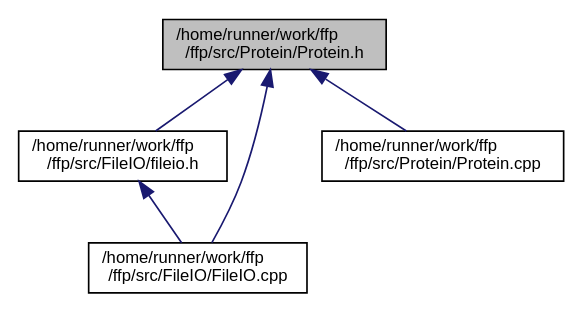
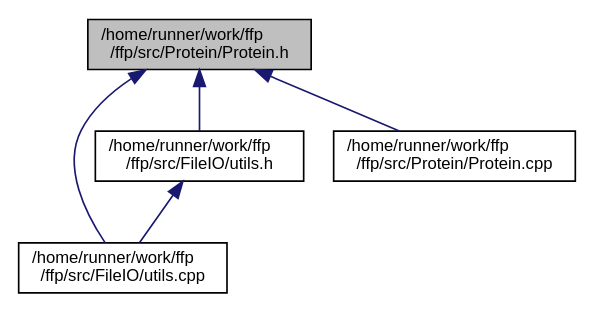
One commit to Mohamed-Nser-Said/ffp changed the diagram in Protein_8h__dep__incl.dot. Above: the diagram before and after it, drawn with Graphviz. The commit also changed 94 other files, not shown here.

```diff
--- a/Protein_8h__dep__incl.dot
+++ b/Protein_8h__dep__incl.dot
@@ -1,14 +1,14 @@
 digraph "/home/runner/work/ffp/ffp/src/Protein/Protein.h"
 {
  // LATEX_PDF_SIZE
   edge [fontname="Helvetica",fontsize="10",labelfontname="Helvetica",labelfontsize="10"];
   node [fontname="Helvetica",fontsize="10",shape=record];
   Node1 [label="/home/runner/work/ffp\l/ffp/src/Protein/Protein.h",height=0.2,width=0.4,color="black", fillcolor="grey75", style="filled", fontcolor="black",tooltip=" "];
   Node1 -> Node2 [dir="back",color="midnightblue",fontsize="10",style="solid",fontname="Helvetica"];
-  Node2 [label="/home/runner/work/ffp\l/ffp/src/FileIO/fileio.h",height=0.2,width=0.4,color="black", fillcolor="white", style="filled",URL="$fileio_8h.html",tooltip=" "];
-  Node2 -> Node3 [dir="back",color="midnightblue",fontsize="10",style="solid",fontname="Helvetica"];
-  Node3 [label="/home/runner/work/ffp\l/ffp/src/FileIO/FileIO.cpp",height=0.2,width=0.4,color="black", fillcolor="white", style="filled",URL="$FileIO_8cpp.html",tooltip=" "];
+  Node2 [label="/home/runner/work/ffp\l/ffp/src/FileIO/utils.cpp",height=0.2,width=0.4,color="black", fillcolor="white", style="filled",URL="$utils_8cpp.html",tooltip=" "];
   Node1 -> Node3 [dir="back",color="midnightblue",fontsize="10",style="solid",fontname="Helvetica"];
+  Node3 [label="/home/runner/work/ffp\l/ffp/src/FileIO/utils.h",height=0.2,width=0.4,color="black", fillcolor="white", style="filled",URL="$utils_8h.html",tooltip=" "];
+  Node3 -> Node2 [dir="back",color="midnightblue",fontsize="10",style="solid",fontname="Helvetica"];
   Node1 -> Node4 [dir="back",color="midnightblue",fontsize="10",style="solid",fontname="Helvetica"];
   Node4 [label="/home/runner/work/ffp\l/ffp/src/Protein/Protein.cpp",height=0.2,width=0.4,color="black", fillcolor="white", style="filled",URL="$Protein_8cpp.html",tooltip=" "];
 }
```
